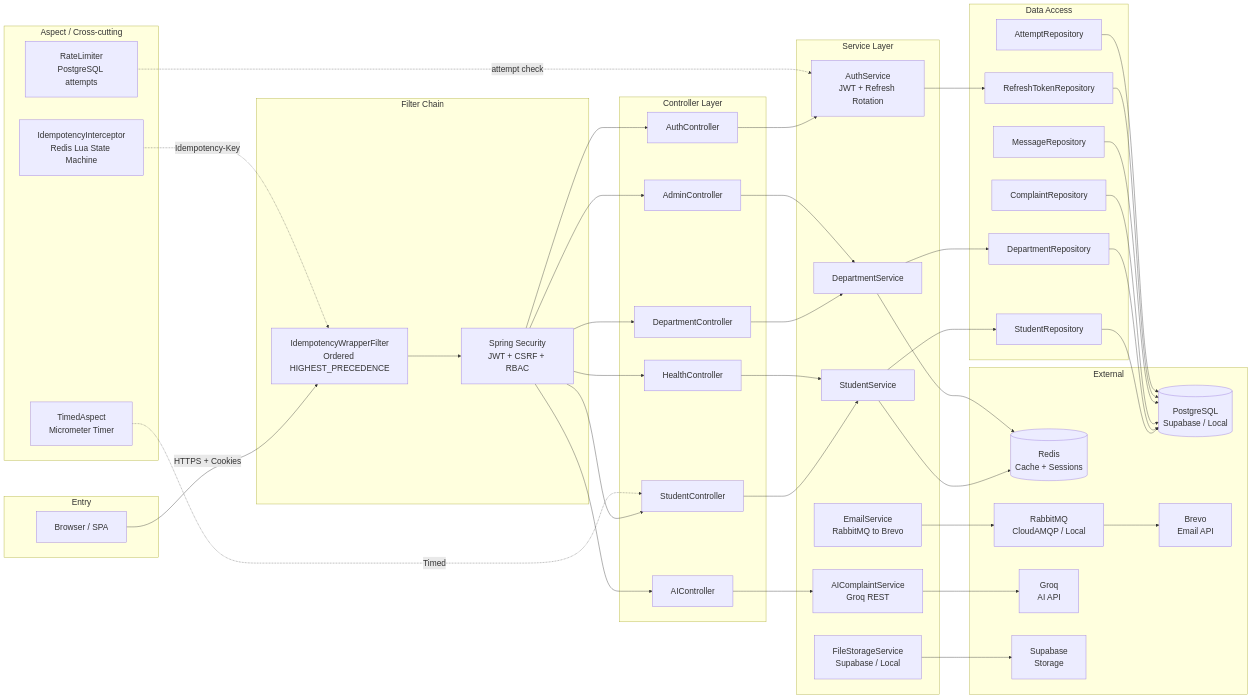
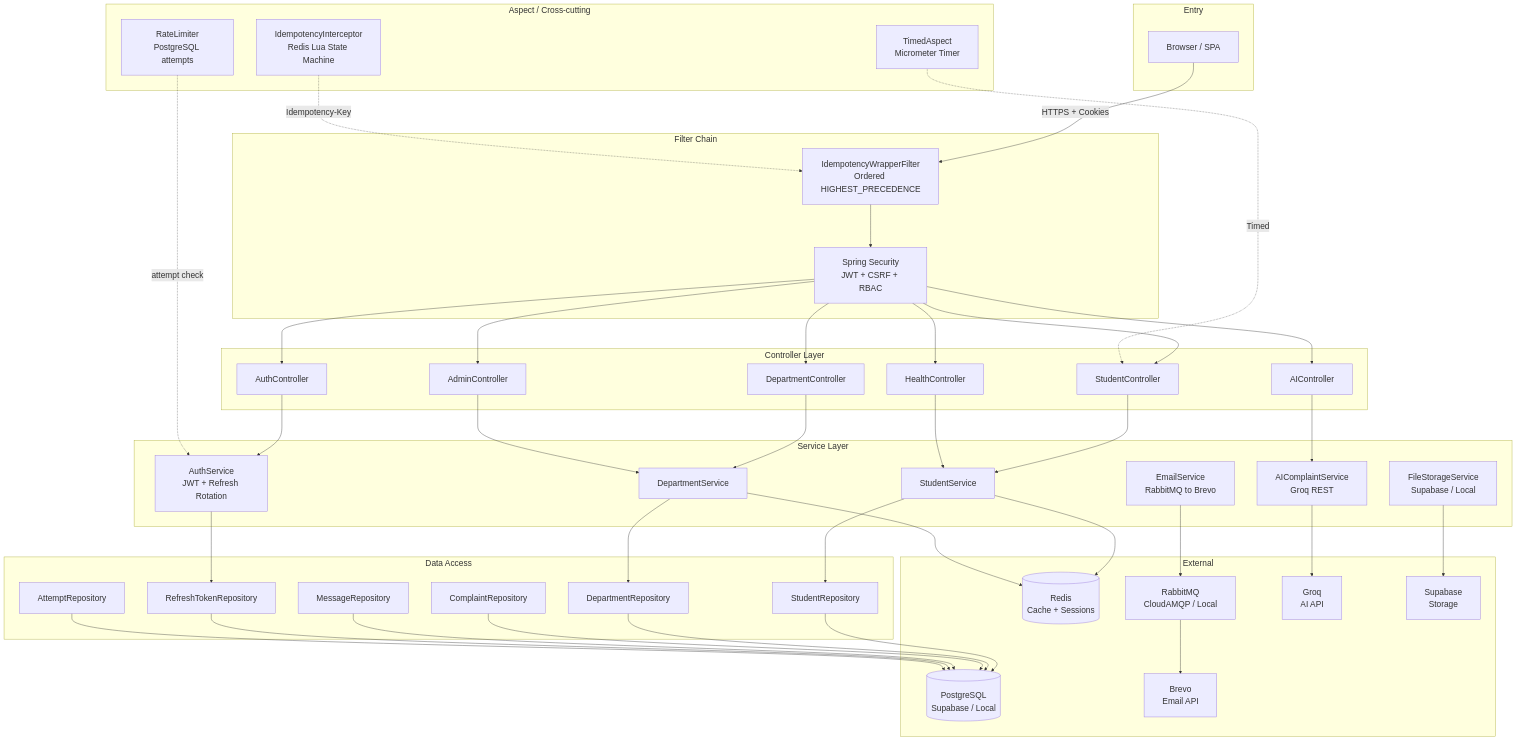
The second of 2 diagrams in README.md (emmanuel-40/s2dcms-backend), drawn with Mermaid before and after one commit.

Commit message:
docs: make architecture diagram tall (TB) instead of wide (LR)

````diff
--- a/README.md
+++ b/README.md
@@ -774,6 +774,6 @@
 ```mermaid
 %%{init: {'themeVariables': {'fontSize': '22px'}, 'flowchart': {'nodeSpacing': 60, 'rankSpacing': 80, 'padding': 24, 'useMaxWidth': false}}}%%
-flowchart LR
+flowchart TB
     subgraph Entry["Entry"]
         Client["Browser / SPA"]
     end
````
